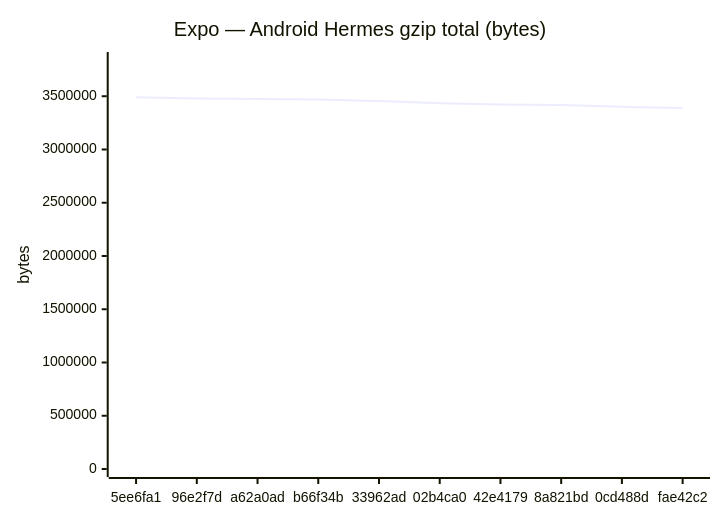
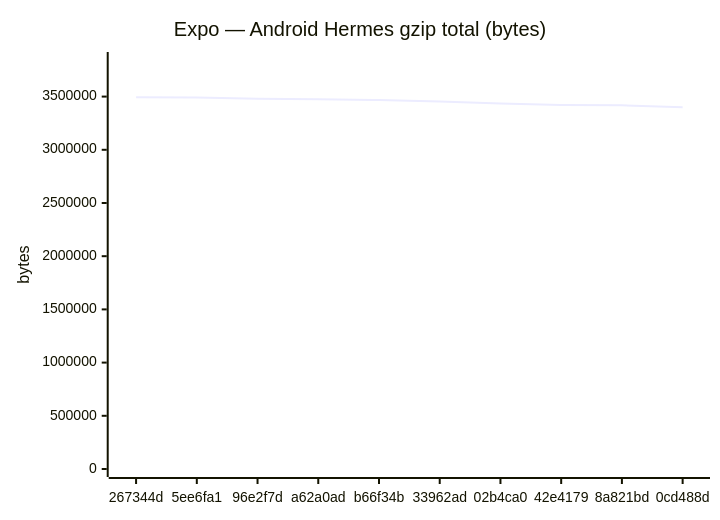
Before and after one commit to Metaheurist/Rianell: the fifth of 18 diagrams in benchmarks/compare.md, drawn with Mermaid. The commit also changed other lines of this file and 11 other files, not shown here.

````diff
--- a/benchmarks/compare.md
+++ b/benchmarks/compare.md
@@ -89,7 +89,7 @@
 ```mermaid
 xychart-beta
     title "Expo — Android Hermes gzip total (bytes)"
-    x-axis ["5ee6fa1", "96e2f7d", "a62a0ad", "b66f34b", "33962ad", "02b4ca0", "42e4179", "8a821bd", "0cd488d", "fae42c2"]
-    y-axis "bytes" 0 --> 3840223
-    line [3491111, 3478911, 3474606, 3468338, 3454266, 3434635, 3421569, 3417622, 3400545, 3388765]
+    x-axis ["267344d", "5ee6fa1", "96e2f7d", "a62a0ad", "b66f34b", "33962ad", "02b4ca0", "42e4179", "8a821bd", "0cd488d"]
+    y-axis "bytes" 0 --> 3843890
+    line [3494445, 3491111, 3478911, 3474606, 3468338, 3454266, 3434635, 3421569, 3417622, 3400545]
 ```
````
